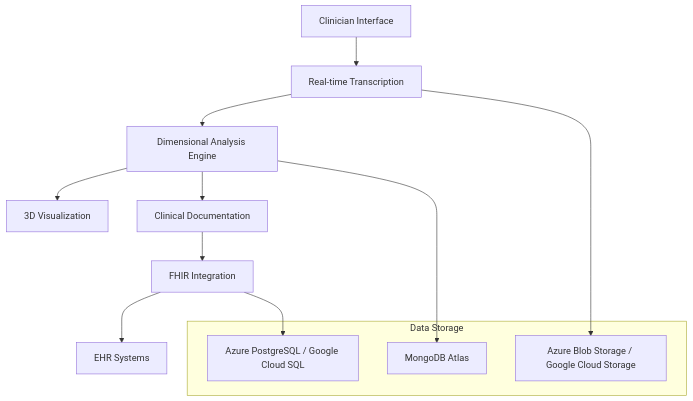
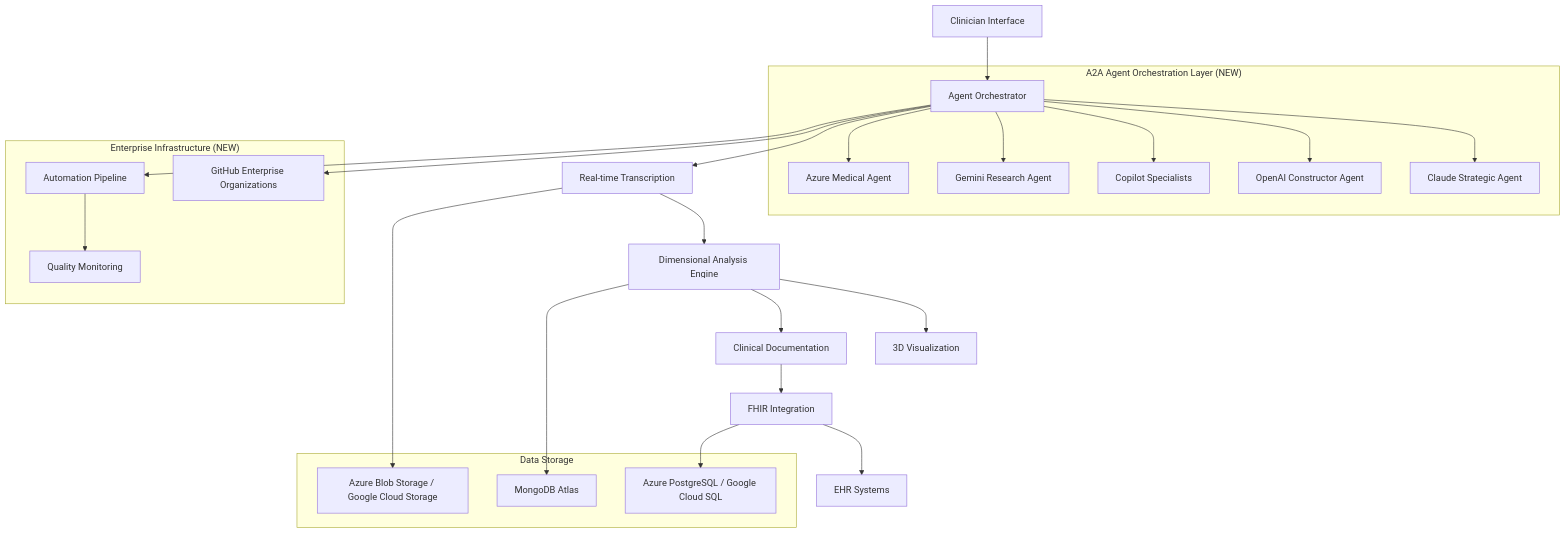
The diagram in README.md (myselfgus/docs), drawn with Mermaid before and after one commit. The commit also changed other lines of this file, not shown here.

Commit message:
Update README with A2A orchestration system, visual workflows, and new file structures

````diff
--- a/README.md
+++ b/README.md
@@ -170,19 +213,44 @@
 ```mermaid
 graph TD
-    A[Clinician Interface] --> B[Real-time Transcription]
+    subgraph "A2A Agent Orchestration Layer (NEW)"
+        AO[Agent Orchestrator]
+        CS[Claude Strategic Agent]
+        OC[OpenAI Constructor Agent]
+        CP[Copilot Specialists]
+        GR[Gemini Research Agent]
+        AM[Azure Medical Agent]
+    end
+    
+    A[Clinician Interface] --> AO
+    AO --> CS
+    AO --> OC
+    AO --> CP
+    AO --> GR
+    AO --> AM
+    
+    AO --> B[Real-time Transcription]
     B --> C[Dimensional Analysis Engine]
     C --> D[3D Visualization]
     C --> E[Clinical Documentation]
     E --> F[FHIR Integration]
     F --> G[EHR Systems]
     
     subgraph "Data Storage"
         H[MongoDB Atlas]
         I[Azure PostgreSQL / Google Cloud SQL]
         J[Azure Blob Storage / Google Cloud Storage]
     end
     
+    subgraph "Enterprise Infrastructure (NEW)"
+        K[GitHub Enterprise Organizations]
+        L[Automation Pipeline]
+        M[Quality Monitoring]
+    end
+    
     C --> H
     F --> I
     B --> J
+    AO --> K
+    AO --> L
+    L --> M
 ```
````
